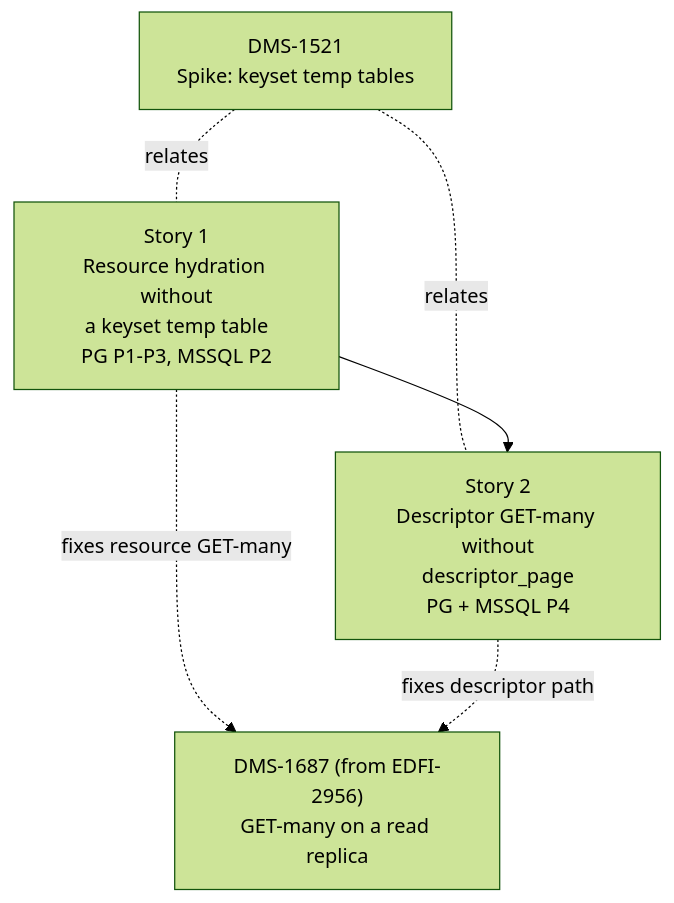
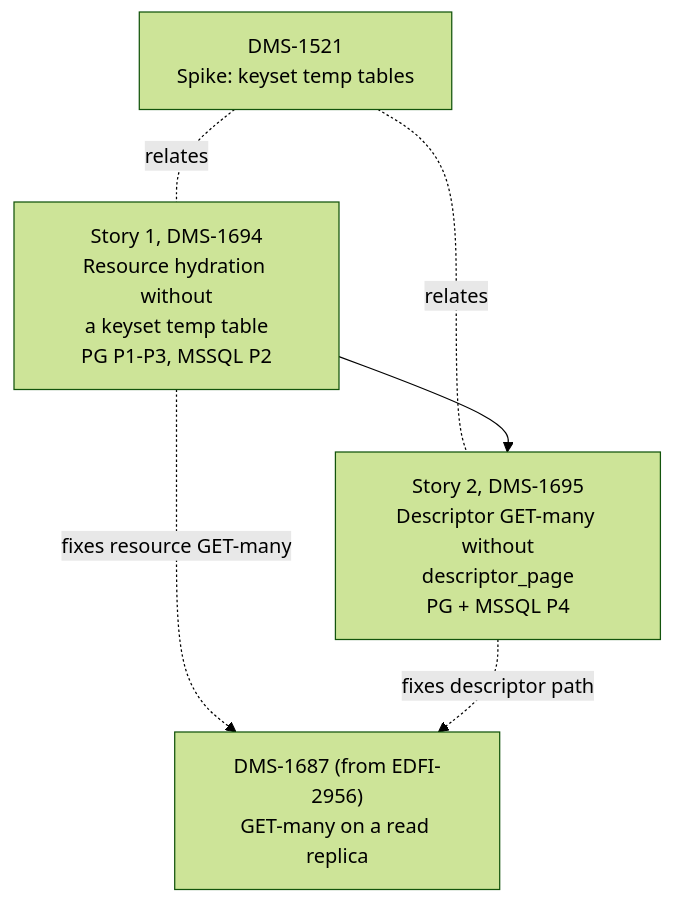
The diagram in reference/spikes/DMS-1521/candidate-implementation-stories.md (Ed-Fi-Alliance-OSS/Data-Management-Service), drawn with Mermaid (forest theme) before and after one commit. The commit also changed other lines of this file and 3 other files, not shown here.

````diff
--- a/reference/spikes/DMS-1521/candidate-implementation-stories.md
+++ b/reference/spikes/DMS-1521/candidate-implementation-stories.md
@@ -49,13 +50,13 @@
 ```mermaid
 graph TD
   DMS1521["DMS-1521<br/>Spike: keyset temp tables"]
-  S1["Story 1<br/>Resource hydration without<br/>a keyset temp table<br/>PG P1-P3, MSSQL P2"]
-  S2["Story 2<br/>Descriptor GET-many without<br/>descriptor_page<br/>PG + MSSQL P4"]
+  S1["Story 1, DMS-1694<br/>Resource hydration without<br/>a keyset temp table<br/>PG P1-P3, MSSQL P2"]
+  S2["Story 2, DMS-1695<br/>Descriptor GET-many without<br/>descriptor_page<br/>PG + MSSQL P4"]
   DMS1687["DMS-1687 (from EDFI-2956)<br/>GET-many on a read replica"]
 
   DMS1521 -. relates .- S1
   DMS1521 -. relates .- S2
   S1 --> S2
   S1 -. fixes resource GET-many .-> DMS1687
   S2 -. fixes descriptor path .-> DMS1687
 ```
````
